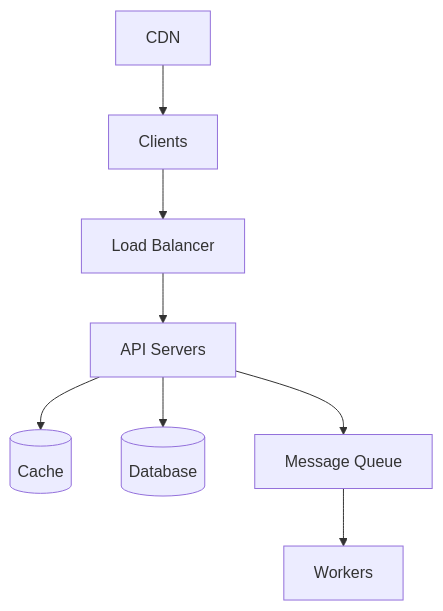
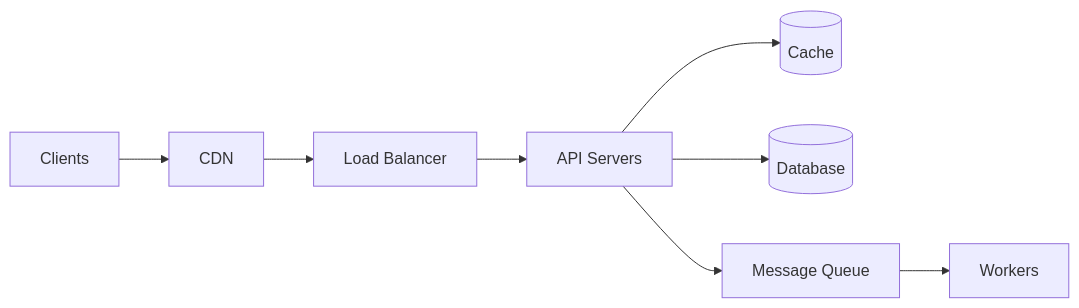
Before and after one commit to hareramcse/SystemDesign: the second of 3 diagrams in 16-interview-guide/README.md, drawn with Mermaid. The commit also changed other lines of this file and 14 other files, not shown here.

````diff
--- a/16-interview-guide/README.md
+++ b/16-interview-guide/README.md
@@ -204,10 +357,10 @@
 ```mermaid
-flowchart TB
-    Client[Clients] --> LB[Load Balancer]
+flowchart LR
+    Client[Clients] --> CDN[CDN]
+    CDN --> LB[Load Balancer]
     LB --> API[API Servers]
     API --> Cache[(Cache)]
     API --> DB[(Database)]
     API --> MQ[Message Queue]
     MQ --> Worker[Workers]
-    CDN[CDN] --> Client
 ```
````
